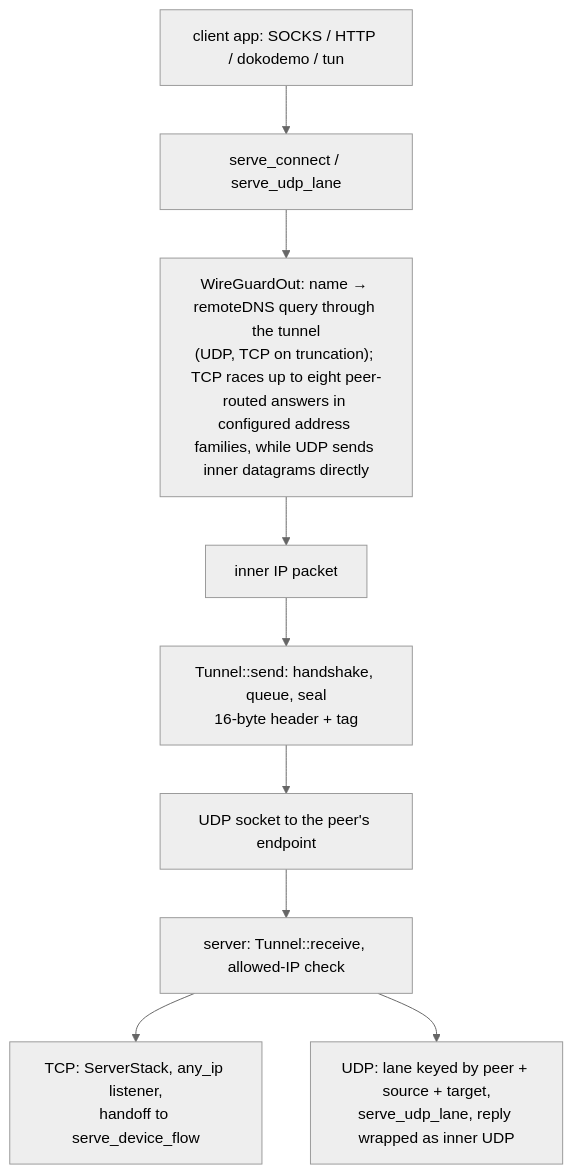
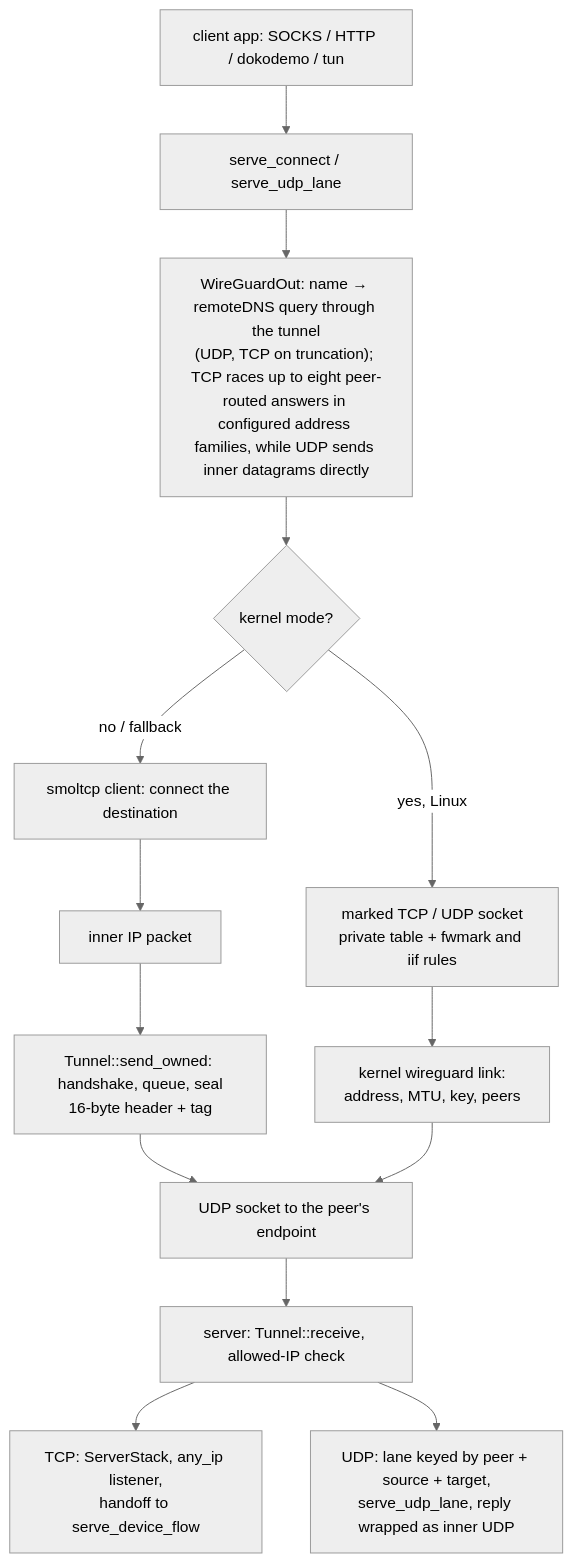
One commit to Ferrocite/ferrox changed the diagram in docs/function/wireguard.md. Above: the diagram before and after it, drawn with Mermaid (neutral theme). The commit also changed other lines of this file and 15 other files, not shown here.

First line of the commit message:
wireguard: serve the client through the kernel device

````diff
--- a/docs/function/wireguard.md
+++ b/docs/function/wireguard.md
@@ -23,11 +23,16 @@
 ```mermaid
 graph TD
     A["client app: SOCKS / HTTP / dokodemo / tun"] --> B["serve_connect / serve_udp_lane"]
     B --> C["WireGuardOut: name → remoteDNS query through the tunnel<br/>(UDP, TCP on truncation); TCP races up to eight peer-routed answers in configured address families, while UDP sends inner datagrams directly"]
-    C --> D["inner IP packet"]
-    D --> E["Tunnel::send: handshake, queue, seal<br/>16-byte header + tag"]
+    C --> K{"kernel mode?"}
+    K -->|yes, Linux| L["marked TCP / UDP socket<br/>private table + fwmark and iif rules"]
+    L --> M["kernel wireguard link:<br/>address, MTU, key, peers"]
+    K -->|no / fallback| N["smoltcp client: connect the destination"]
+    N --> D["inner IP packet"]
+    D --> E["Tunnel::send_owned: handshake, queue, seal<br/>16-byte header + tag"]
     E --> F["UDP socket to the peer's endpoint"]
+    M --> F
     F --> G["server: Tunnel::receive, allowed-IP check"]
     G --> H["TCP: ServerStack, any_ip listener,<br/>handoff to serve_device_flow"]
     G --> I["UDP: lane keyed by peer + source + target,<br/>serve_udp_lane, reply wrapped as inner UDP"]
 ```
````
